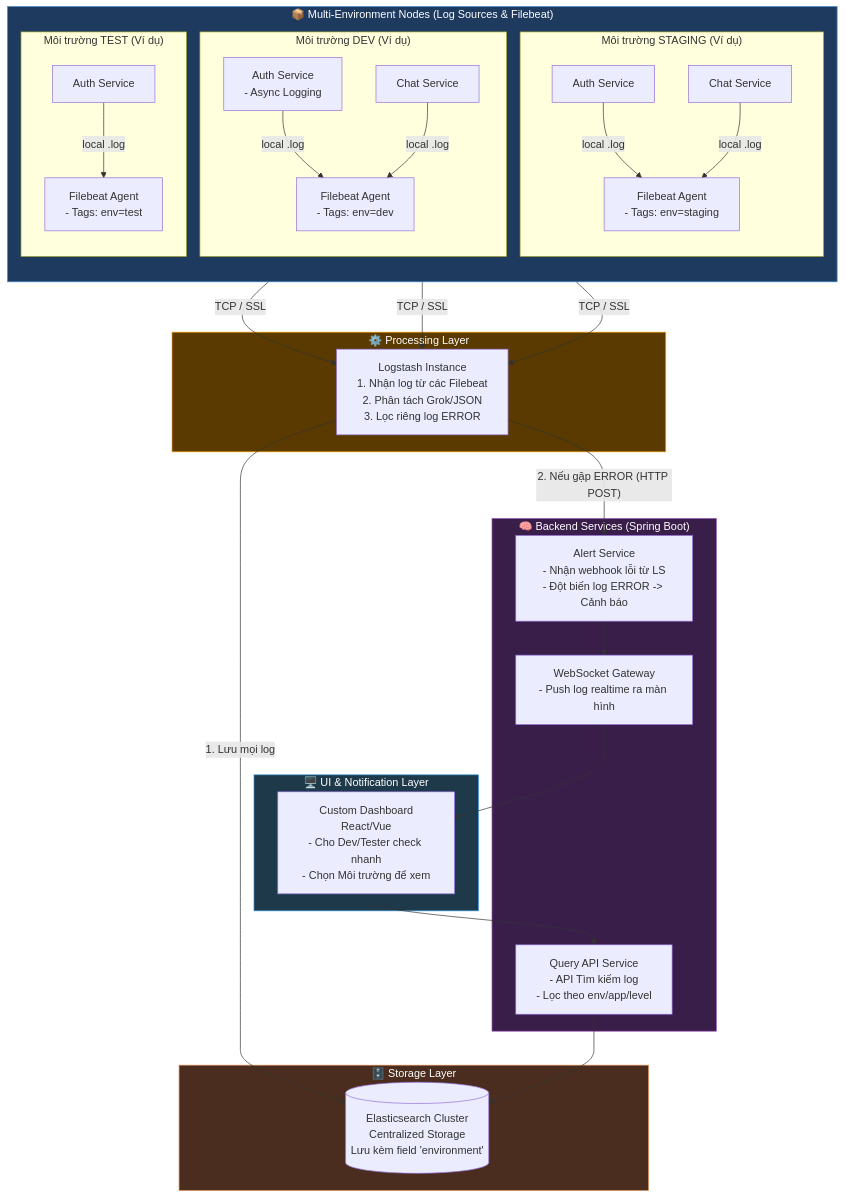
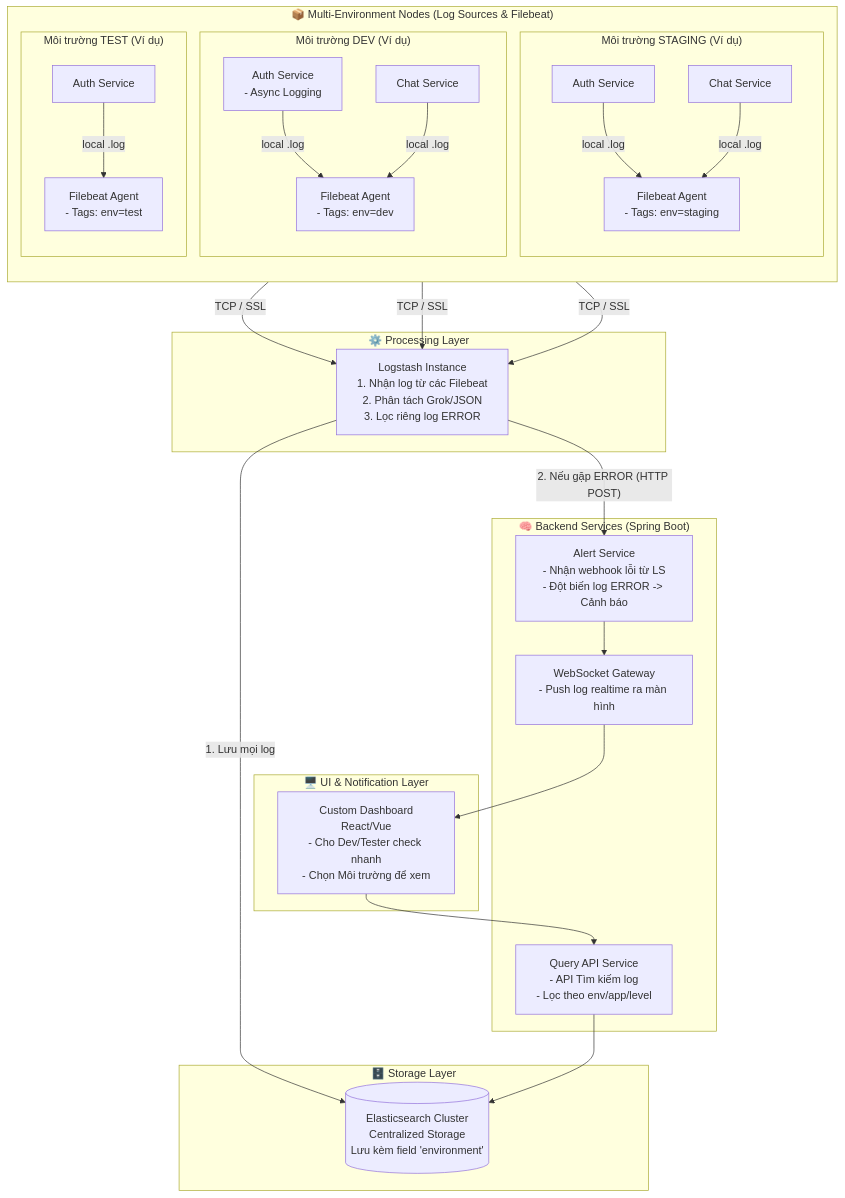
One commit to NgnTienDat/VDT-Centralized-Log-Management changed the diagram in docs/architecure.md. Above: the diagram before and after it, drawn with Mermaid. The commit also changed 19 other files, not shown here.

````diff
--- a/docs/architecure.md
+++ b/docs/architecure.md
@@ -75,13 +75,6 @@
     ALERT --> WS
     WS --> REACT
 
-    %% =========================
-    %% STYLE COLORS
-    %% =========================
-    style SOURCES fill:#1e3a5f,color:#fff,stroke:#4a90d9
-    style PROCESS fill:#5a3a00,color:#fff,stroke:#ff9f00
-    style STORAGE fill:#4a2d1e,color:#fff,stroke:#d9844a
-    style BACKEND fill:#3a1e4a,color:#fff,stroke:#9b59b6
-    style FRONTEND_LAYER fill:#1e3a4a,color:#fff,stroke:#3498db
+    
 
 ```
````
